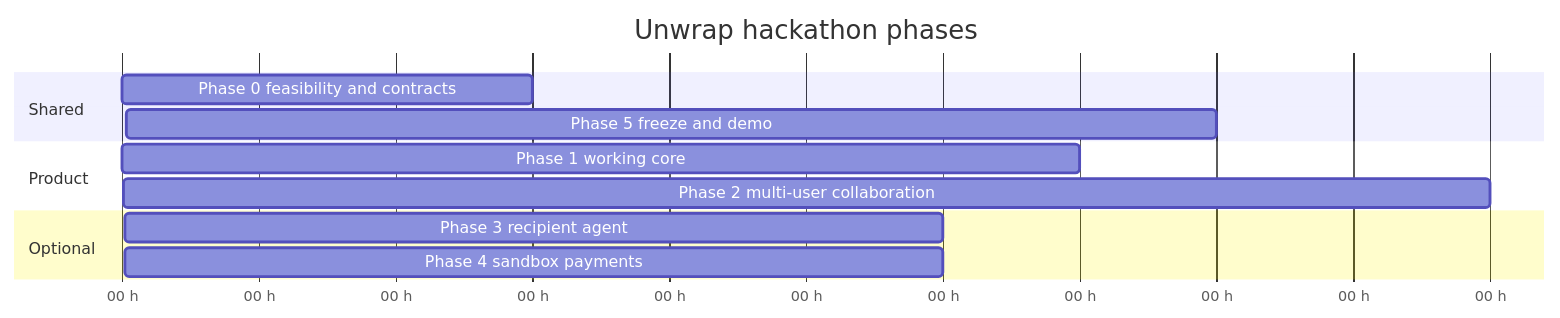
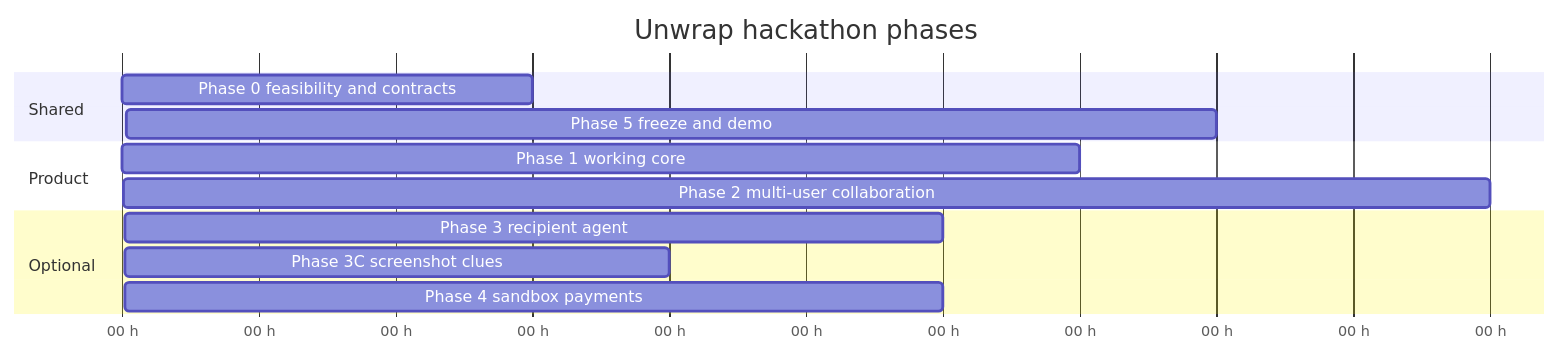
The diagram in docs/EXECUTION_PLAN.md (Jonjlim/calhacks2026), drawn with Mermaid before and after one commit. The commit also changed other lines of this file and 7 other files, not shown here.

First line of the commit message:
docs: add product photos, screenshot clues, and voice notes to the plan

````diff
--- a/docs/EXECUTION_PLAN.md
+++ b/docs/EXECUTION_PLAN.md
@@ -9,15 +9,16 @@
 ```mermaid
 gantt
   title Unwrap hackathon phases
   dateFormat X
   axisFormat %H h
   section Shared
   Phase 0 feasibility and contracts :p0, 0, 3
   Phase 5 freeze and demo :p5, 28, 8
   section Product
   Phase 1 working core :p1, 3, 7
   Phase 2 multi-user collaboration :p2, 10, 10
   section Optional
   Phase 3 recipient agent :p3, 20, 6
+  Phase 3C screenshot clues :p3c, 20, 4
   Phase 4 sandbox payments :p4, 22, 6
 ```
````
